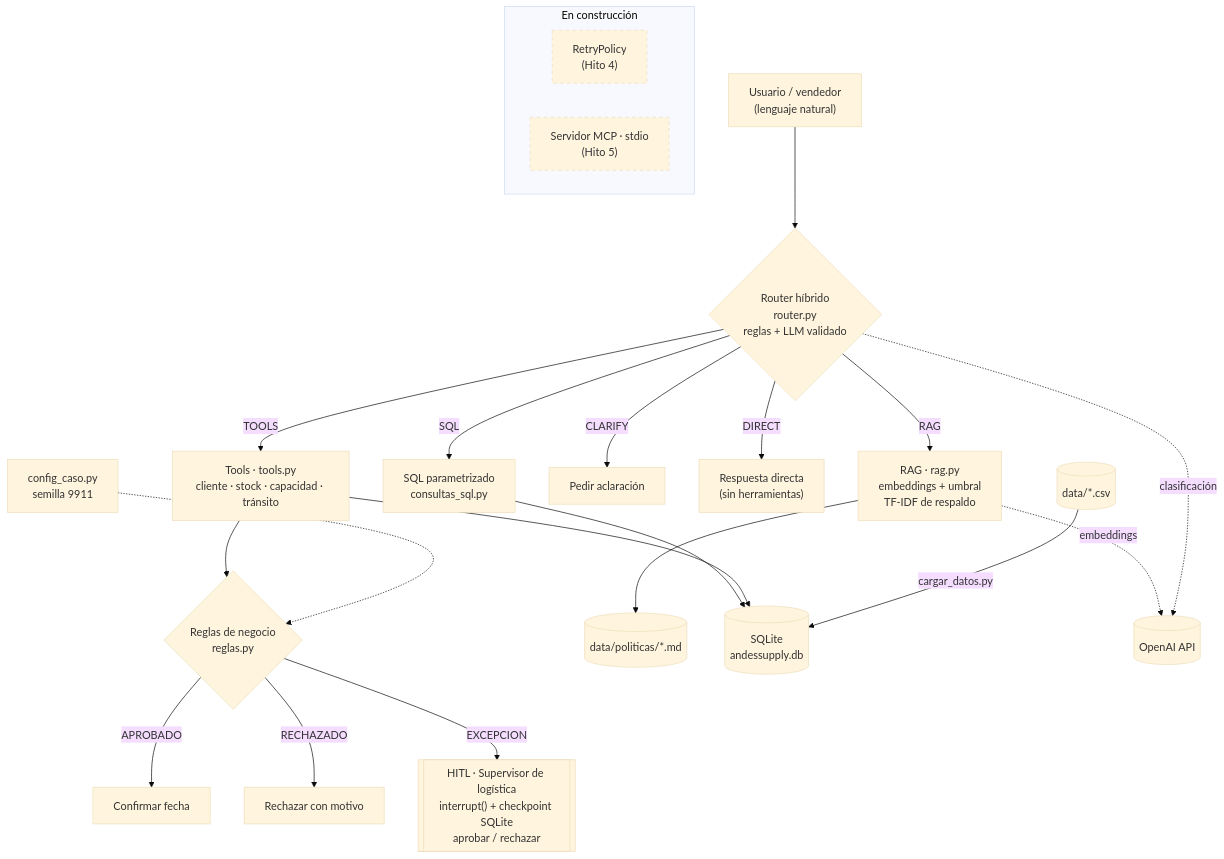
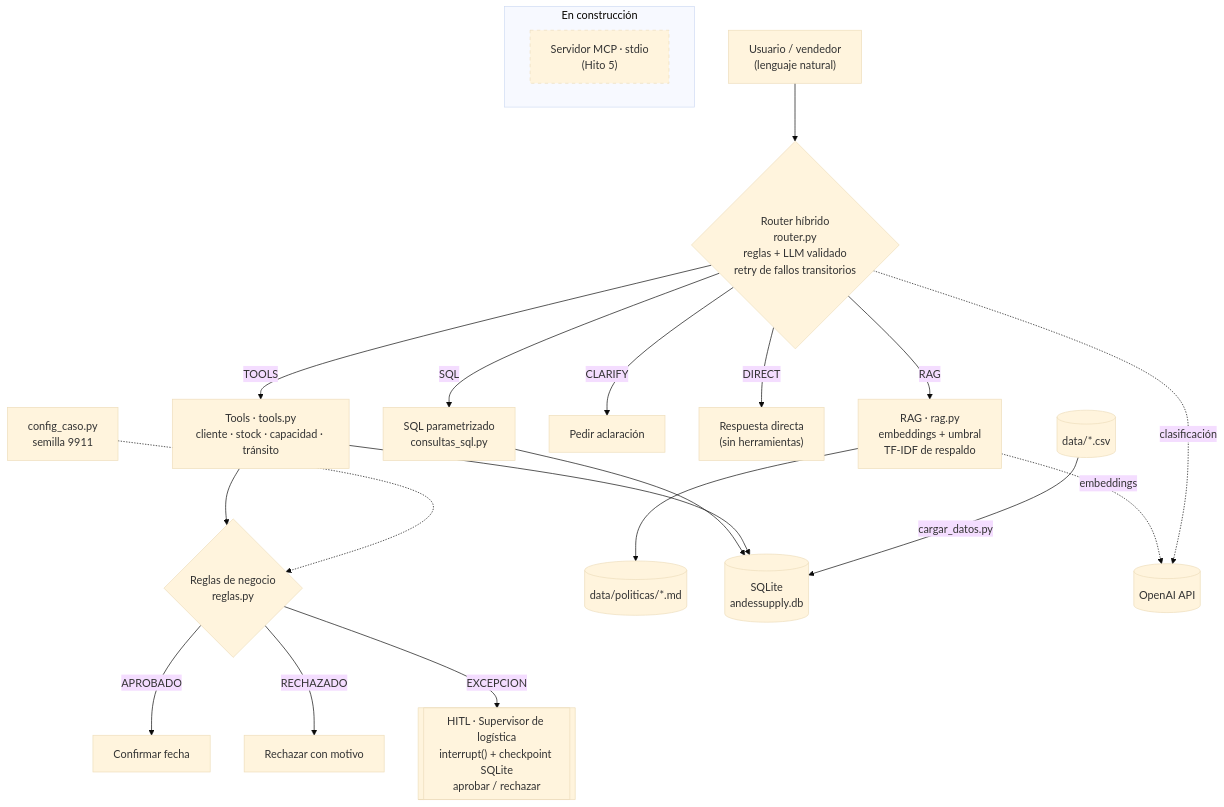
One commit to cesardataviz/romero_cesar_modulo3_dsrp changed the diagram in README.md. Above: the diagram before and after it, drawn with Mermaid (base theme). The commit also changed other lines of this file and 7 other files, not shown here.

Commit message:
LOG-009: Hito 4 completado - retry solo para fallos transitorios del LLM

````diff
--- a/README.md
+++ b/README.md
@@ -13,31 +13,30 @@
 ```mermaid
 flowchart TD
-    U["Usuario / vendedor<br/>(lenguaje natural)"] --> R{"Router híbrido<br/>router.py<br/>reglas + LLM validado"}
+    U["Usuario / vendedor<br/>(lenguaje natural)"] --> R{"Router híbrido<br/>router.py<br/>reglas + LLM validado<br/>retry de fallos transitorios"}
 
     R -->|RAG| RAG["RAG · rag.py<br/>embeddings + umbral<br/>TF-IDF de respaldo"]
     R -->|SQL| SQL["SQL parametrizado<br/>consultas_sql.py"]
     R -->|TOOLS| T["Tools · tools.py<br/>cliente · stock · capacidad · tránsito"]
     R -->|CLARIFY| C["Pedir aclaración"]
     R -->|DIRECT| D["Respuesta directa<br/>(sin herramientas)"]
 
     T --> RG{"Reglas de negocio<br/>reglas.py"}
     RG -->|APROBADO| OK["Confirmar fecha"]
     RG -->|RECHAZADO| NO["Rechazar con motivo"]
     RG -->|EXCEPCION| H[["HITL · Supervisor de logística<br/>interrupt() + checkpoint SQLite<br/>aprobar / rechazar"]]
 
     RAG --> DOCS[("data/politicas/*.md")]
     SQL --> DB[("SQLite<br/>andessupply.db")]
     T --> DB
     CSV[("data/*.csv")] -->|cargar_datos.py| DB
     CFG["config_caso.py<br/>semilla 9911"] -.-> RG
     RAG -.->|embeddings| OAI[("OpenAI API")]
     R -.->|clasificación| OAI
 
     subgraph PLAN["En construcción"]
-        HI["RetryPolicy<br/>(Hito 4)"]
         MCP["Servidor MCP · stdio<br/>(Hito 5)"]
     end
 
     classDef pendiente stroke-dasharray: 5 5
-    class HI,MCP pendiente
+    class MCP pendiente
 ```
````
